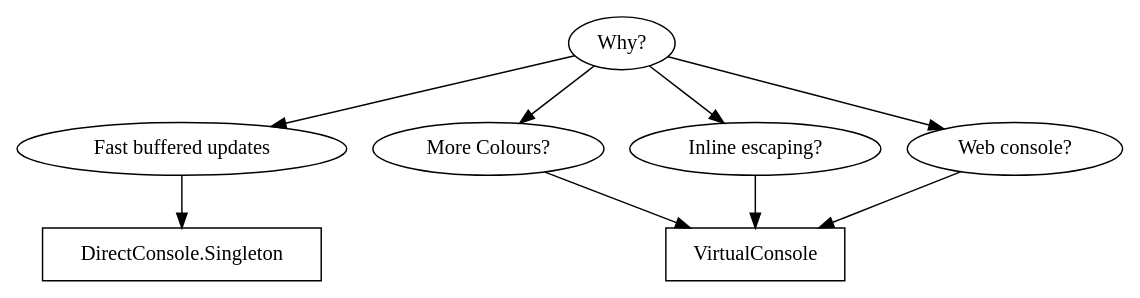
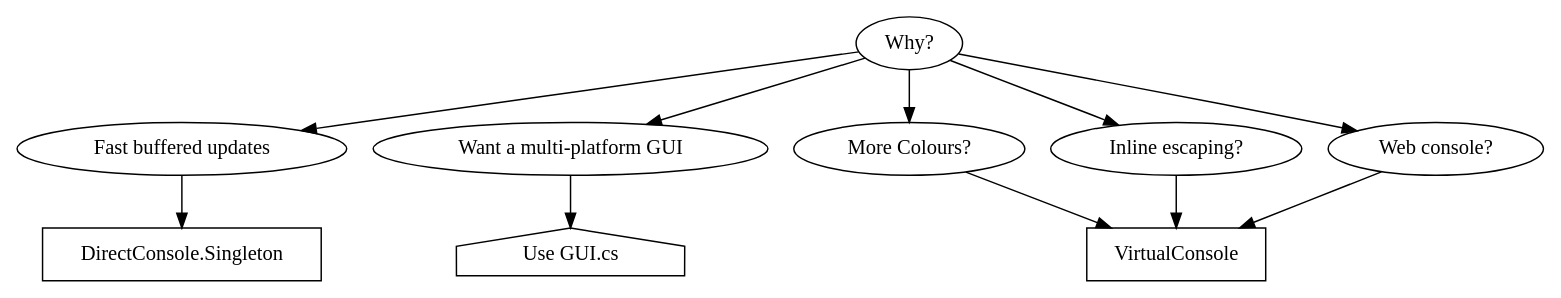
Before and after one commit to guylangston/ConsoleZ: the diagram in doc/why.dot, drawn with Graphviz. The commit also changed 2 other files, not shown here.

```diff
--- a/doc/why.dot
+++ b/doc/why.dot
@@ -1,23 +1,27 @@
 digraph g {
     a[label="Why?"];
     b[label="Fast buffered updates"];
     c[label="DirectConsole.Singleton" shape=rect ];
+    g[label="Want a multi-platform GUI"];
+    gg[label="Use GUI.cs" shape="house" href="https://www.nuget.org/packages/Terminal.Gui/"];
 
     d[label="More Colours?"]
     e[label="Inline escaping?"]
     f[label="Web console?"]
 
     v[label="VirtualConsole" shape=rect ];
 
     a -> d;
     a -> e;
     a -> f;
 
     d -> v;
     e -> v;
     f -> v;
 
     a->b->c
 
+    a->g->gg;
+
     
 }
```
